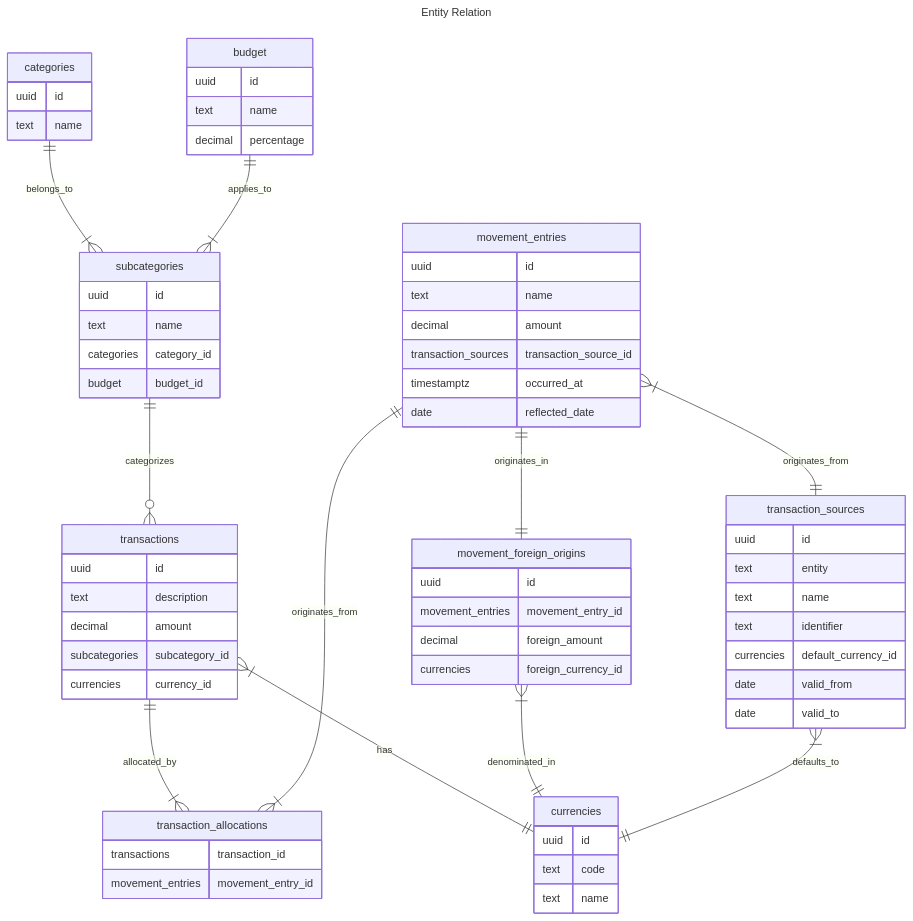
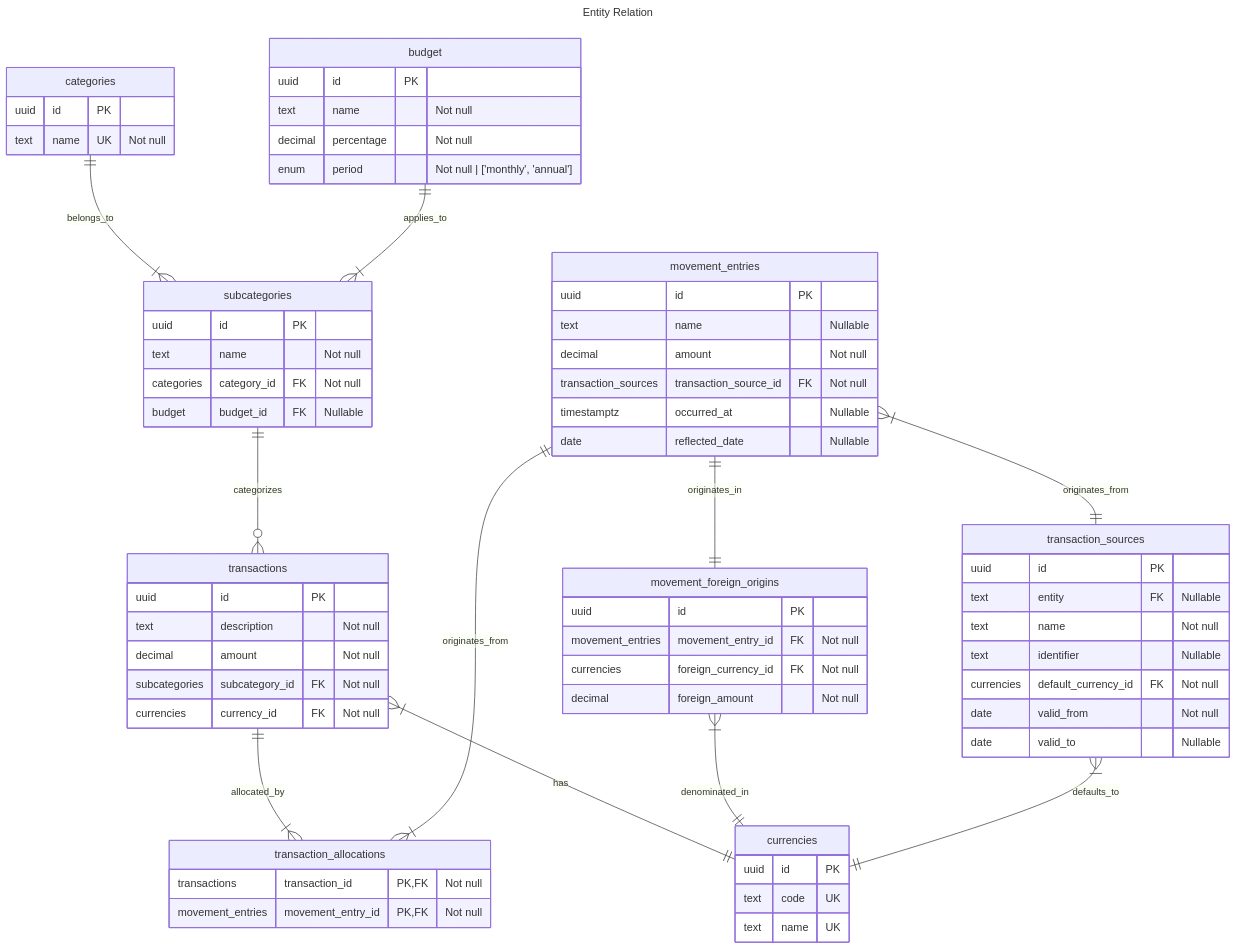
The diagram in docs/er.md (manuelrmenesesr/finales), drawn with Mermaid before and after one commit.

Commit message:
docs(er.md): enhance ER diagram with PK/FK/UK and nullability details

````diff
--- a/docs/er.md
+++ b/docs/er.md
@@ -1,71 +1,72 @@
 ```mermaid
 ---
 title: Entity Relation
 ---
 erDiagram
     categories ||--|{ subcategories : belongs_to
     subcategories ||--o{ transactions : categorizes
     budget ||--|{ subcategories : applies_to
     transactions ||--|{ transaction_allocations : allocated_by
     transactions }|--|| currencies : has
     movement_entries ||--|{ transaction_allocations : originates_from
     movement_entries ||--|| movement_foreign_origins : originates_in
     movement_foreign_origins }|--|| currencies : denominated_in
     movement_entries }|--|| transaction_sources : originates_from
     transaction_sources }|--|| currencies : defaults_to
 
     transactions {
-        uuid id
-        text description
-        decimal amount
-        subcategories subcategory_id
-        currencies currency_id
+        uuid id PK
+        text description "Not null"
+        decimal amount "Not null"
+        subcategories subcategory_id FK "Not null"
+        currencies currency_id FK "Not null"
     }
     movement_entries {
-        uuid id
-        text name
-        decimal amount
-        transaction_sources transaction_source_id
-        timestamptz occurred_at
-        date reflected_date
+        uuid id PK
+        text name "Nullable"
+        decimal amount "Not null"
+        transaction_sources transaction_source_id FK "Not null"
+        timestamptz occurred_at "Nullable"
+        date reflected_date "Nullable"
     }
     movement_foreign_origins {
-        uuid id
-        movement_entries movement_entry_id
-        decimal foreign_amount
-        currencies foreign_currency_id
+        uuid id PK
+        movement_entries movement_entry_id FK "Not null"
+        currencies foreign_currency_id FK "Not null"
+        decimal foreign_amount "Not null"
     }
     transaction_allocations {
-        transactions transaction_id
-        movement_entries movement_entry_id
+        transactions transaction_id PK, FK "Not null"
+        movement_entries movement_entry_id PK, FK "Not null"
     }
     categories {
-        uuid id
-        text name
+        uuid id PK
+        text name UK "Not null"
     }
     subcategories {
-        uuid id
-        text name
-        categories category_id
-        budget budget_id
+        uuid id PK
+        text name "Not null"
+        categories category_id FK "Not null"
+        budget budget_id FK "Nullable"
     }
     budget {
-        uuid id
-        text name
-        decimal percentage
+        uuid id PK
+        text name "Not null"
+        decimal percentage "Not null"
+        enum period "Not null | ['monthly', 'annual']"
     }
     currencies {
-        uuid id
-        text code
-        text name
+        uuid id PK
+        text code UK
+        text name UK
     }
     transaction_sources {
-        uuid id
-        text entity
-        text name
-        text identifier
-        currencies default_currency_id
-        date valid_from
-        date valid_to
+        uuid id PK
+        text entity FK "Nullable"
+        text name "Not null"
+        text identifier "Nullable"
+        currencies default_currency_id FK "Not null"
+        date valid_from "Not null"
+        date valid_to "Nullable"
     }
 ```
````
